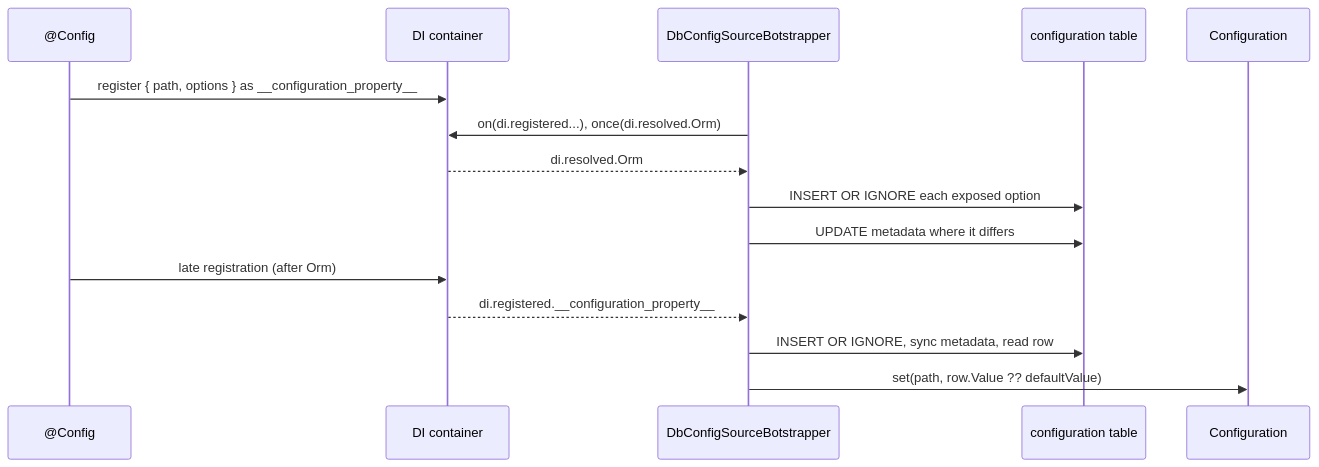
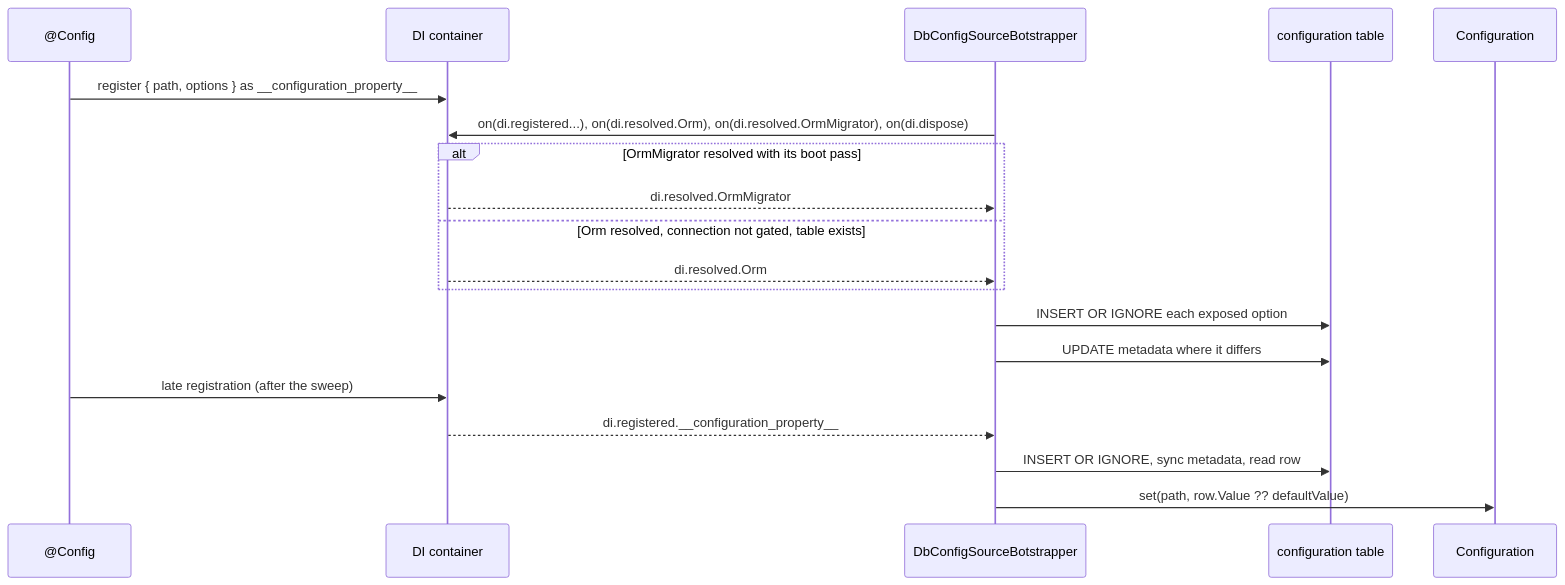
One commit to spinajs/main changed the diagram in docs/configuration-db-source/02-exposing-options.md. Above: the diagram before and after it, drawn with Mermaid. The commit also changed other lines of this file and 264 other files, not shown here.

First line of the commit message:
SpinaJS 3.0.5: OrmMigrator runs the migrations outside the Orm's resolve; ormReady() removed (#377)

````diff
--- a/docs/configuration-db-source/02-exposing-options.md
+++ b/docs/configuration-db-source/02-exposing-options.md
@@ -28,17 +32,21 @@
 ```mermaid
 sequenceDiagram
   participant D as @Config
   participant DI as DI container
   participant B as DbConfigSourceBotstrapper
   participant DB as configuration table
   participant C as Configuration
   D->>DI: register { path, options } as __configuration_property__
-  B->>DI: on(di.registered...), once(di.resolved.Orm)
-  DI-->>B: di.resolved.Orm
+  B->>DI: on(di.registered...), on(di.resolved.Orm), on(di.resolved.OrmMigrator), on(di.dispose)
+  alt OrmMigrator resolved with its boot pass
+    DI-->>B: di.resolved.OrmMigrator
+  else Orm resolved, connection not gated, table exists
+    DI-->>B: di.resolved.Orm
+  end
   B->>DB: INSERT OR IGNORE each exposed option
   B->>DB: UPDATE metadata where it differs
-  D->>DI: late registration (after Orm)
+  D->>DI: late registration (after the sweep)
   DI-->>B: di.registered.__configuration_property__
   B->>DB: INSERT OR IGNORE, sync metadata, read row
   B->>C: set(path, row.Value ?? defaultValue)
 ```
````
